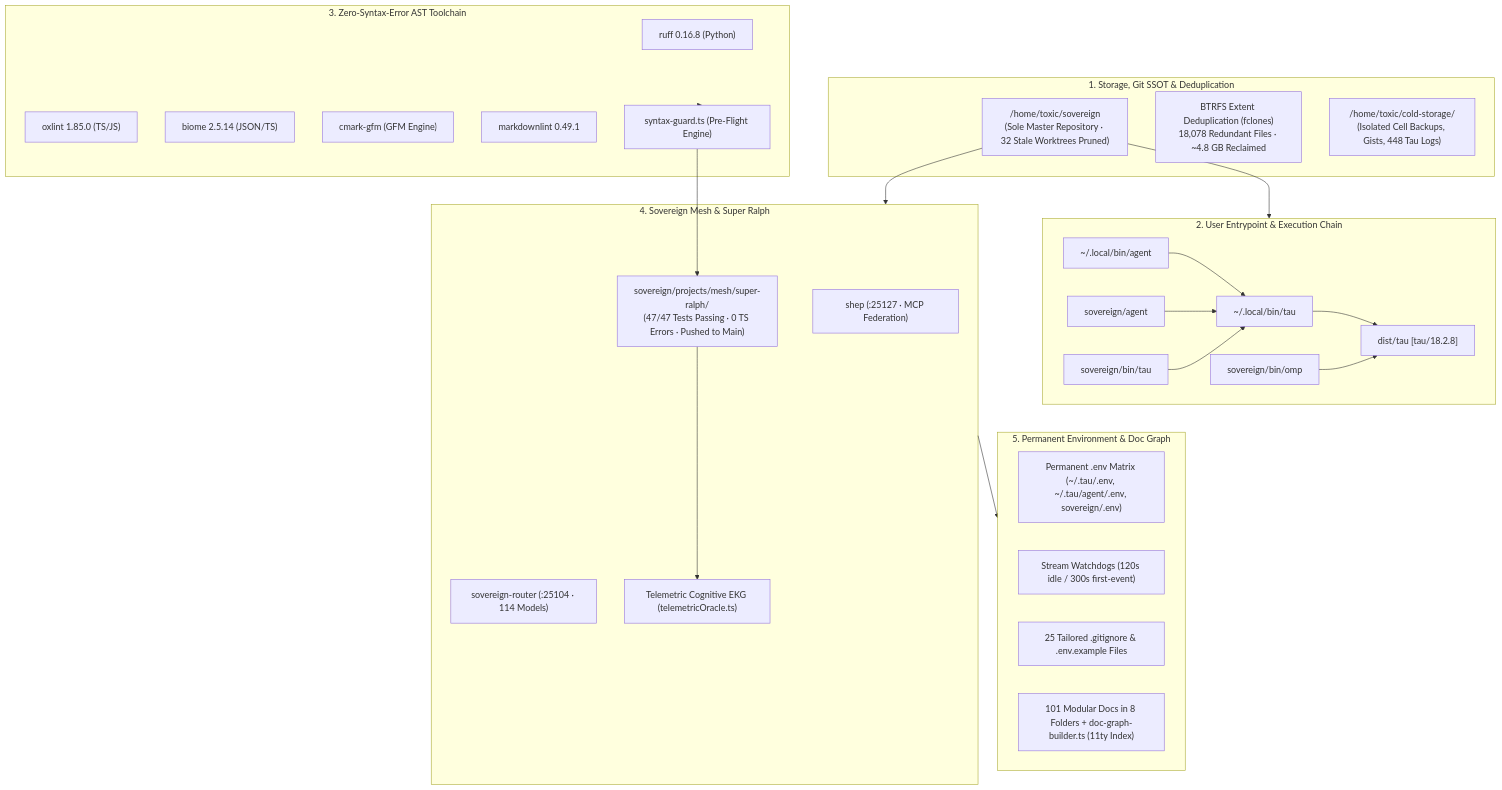
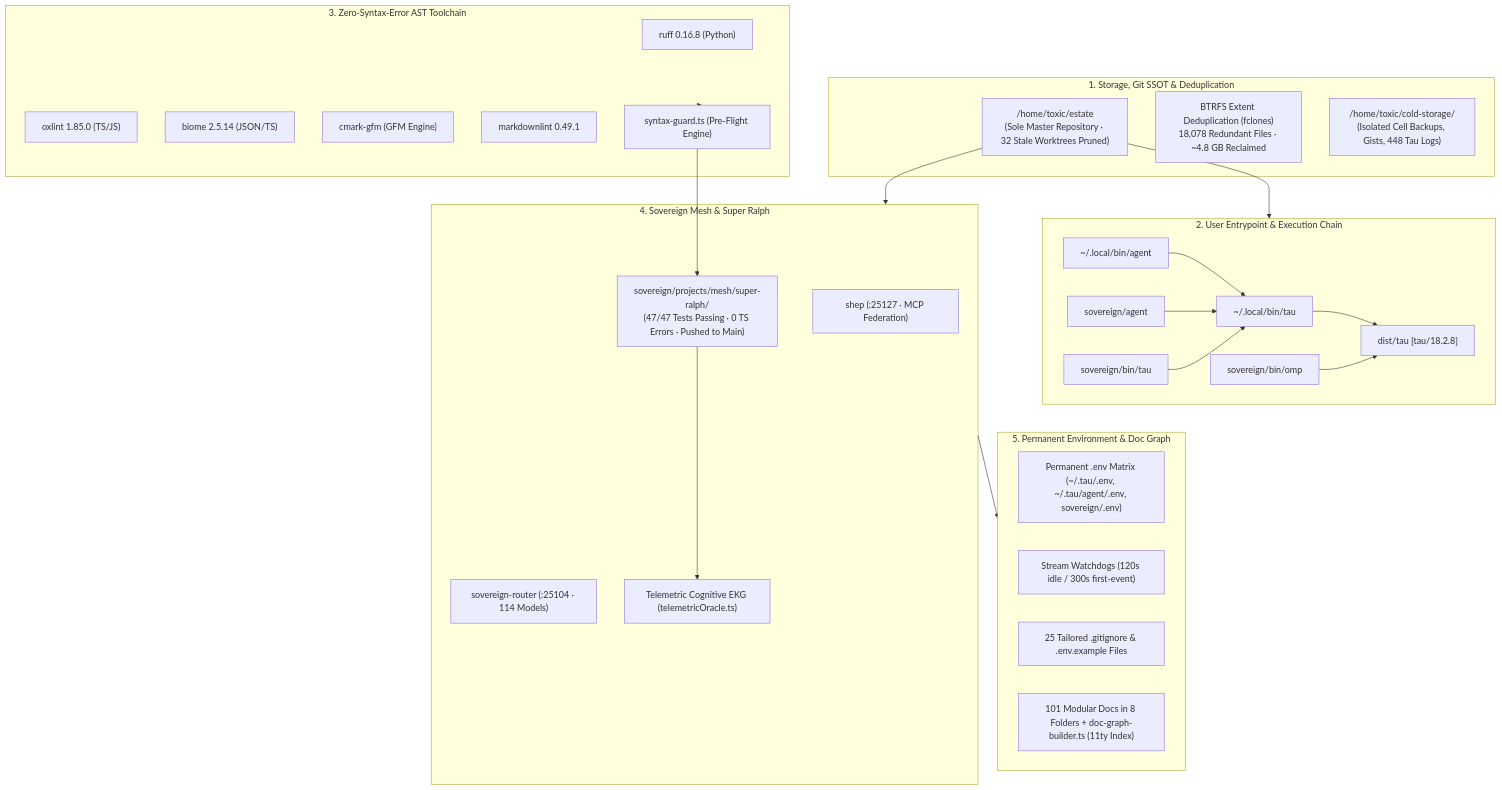
One commit to toxicwind/estate changed the diagram in config/tau/sessions/-/2026-09-22T12-53-07-657Z_01a0c92d-59c9-768a-830e-f5b3b03416ac/local/consolidated-sovereign-master-plan.md. Above: the diagram before and after it, drawn with Mermaid. The commit also changed other lines of this file and 812 other files, not shown here.

First line of the commit message:
migration: replace /home/toxic/sovereign with /home/toxic/estate (815 files)

````diff
--- a/config/tau/sessions/-/2026-09-22T12-53-07-657Z_01a0c92d-59c9-768a-830e-f5b3b03416ac/local/consolidated-sovereign-master-plan.md
+++ b/config/tau/sessions/-/2026-09-22T12-53-07-657Z_01a0c92d-59c9-768a-830e-f5b3b03416ac/local/consolidated-sovereign-master-plan.md
@@ -9,46 +9,46 @@
 ```mermaid
 flowchart TD
     subgraph StorageAndFS["1. Storage, Git SSOT & Deduplication"]
-        Master["/home/toxic/sovereign\n(Sole Master Repository · 32 Stale Worktrees Pruned)"]
+        Master["/home/toxic/estate\n(Sole Master Repository · 32 Stale Worktrees Pruned)"]
         Fclones["BTRFS Extent Deduplication (fclones)\n18,078 Redundant Files · ~4.8 GB Reclaimed"]
         Cold["/home/toxic/cold-storage/\n(Isolated Cell Backups, Gists, 448 Tau Logs)"]
     end
 
     subgraph EntrypointsAndLaunchers["2. User Entrypoint & Execution Chain"]
         Agent["~/.local/bin/agent"] --> Tau["~/.local/bin/tau"]
         Tau --> Omp["dist/tau [tau/18.2.8]"]
         SovAgent["sovereign/agent"] --> Tau
         BinTau["sovereign/bin/tau"] --> Tau
         BinOmp["sovereign/bin/omp"] --> Omp
     end
 
     subgraph ZeroSyntaxToolchain["3. Zero-Syntax-Error AST Toolchain"]
         Ruff["ruff 0.16.8 (Python)"]
         Oxlint["oxlint 1.85.0 (TS/JS)"]
         Biome["biome 2.5.14 (JSON/TS)"]
         Cmark["cmark-gfm (GFM Engine)"]
         Mdlint["markdownlint 0.49.1"]
         SyntaxGuard["syntax-guard.ts (Pre-Flight Engine)"]
     end
 
     subgraph MeshAndSuperRalph["4. Sovereign Mesh & Super Ralph"]
         Shep["shep (:25127 · MCP Federation)"]
         Router["sovereign-router (:25104 · 114 Models)"]
         SuperRalph["sovereign/projects/mesh/super-ralph/\n(47/47 Tests Passing · 0 TS Errors · Pushed to Main)"]
         EKG["Telemetric Cognitive EKG (telemetricOracle.ts)"]
     end
 
     subgraph UniversalConfig["5. Permanent Environment & Doc Graph"]
         Env["Permanent .env Matrix (~/.tau/.env, ~/.tau/agent/.env, sovereign/.env)"]
         Watchdogs["Stream Watchdogs (120s idle / 300s first-event)"]
         GitignoreMatrix["25 Tailored .gitignore & .env.example Files"]
         DocGraph["101 Modular Docs in 8 Folders + doc-graph-builder.ts (11ty Index)"]
     end
 
     Master --> EntrypointsAndLaunchers
     Master --> MeshAndSuperRalph
     ZeroSyntaxToolchain --> SyntaxGuard
     SyntaxGuard --> SuperRalph
     SuperRalph --> EKG
     MeshAndSuperRalph --> UniversalConfig
 ```
````
